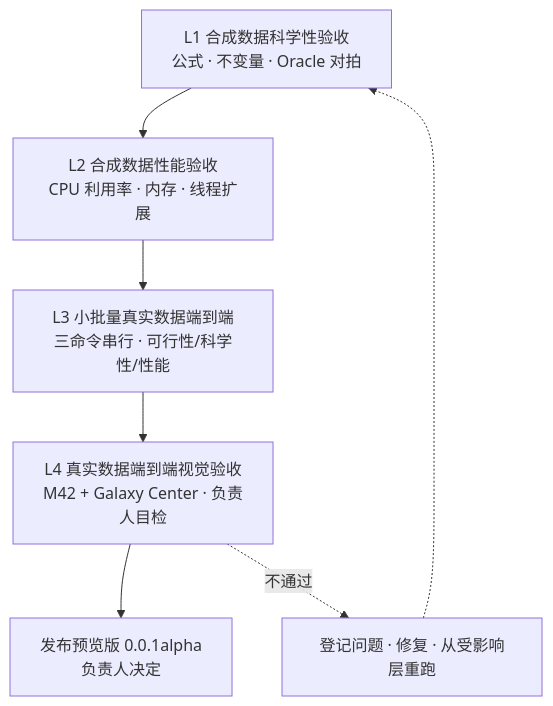
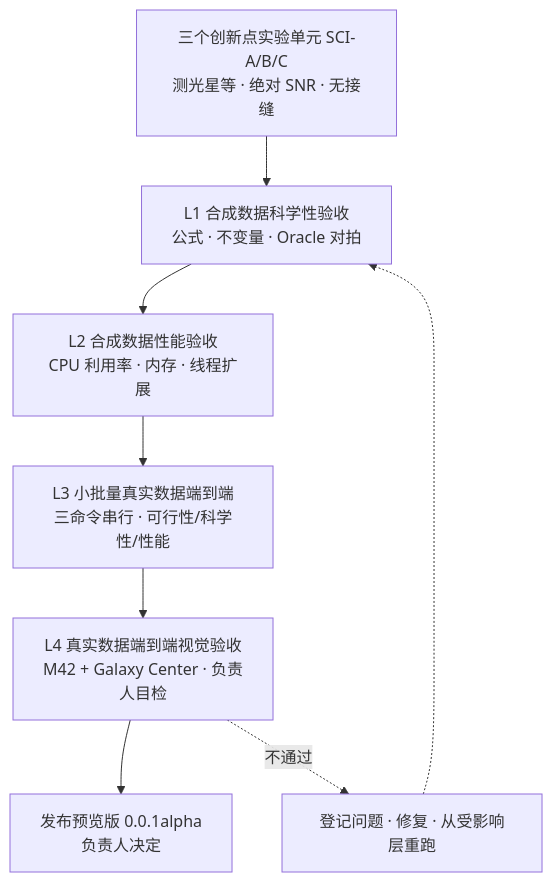
The first of 3 diagrams in ACCEPTANCE_SPEC.md (fujiaze/Astro-CS-Database), drawn with Mermaid before and after one commit. The commit also changed other lines of this file and 4 other files, not shown here.

````diff
--- a/ACCEPTANCE_SPEC.md
+++ b/ACCEPTANCE_SPEC.md
@@ -7,10 +7,11 @@
 ```mermaid
 flowchart TB
+    L0["三个创新点实验单元 SCI-A/B/C<br/>测光星等 · 绝对 SNR · 无接缝"]
     L1["L1 合成数据科学性验收<br/>公式 · 不变量 · Oracle 对拍"]
     L2["L2 合成数据性能验收<br/>CPU 利用率 · 内存 · 线程扩展"]
     L3["L3 小批量真实数据端到端<br/>三命令串行 · 可行性/科学性/性能"]
     L4["L4 真实数据端到端视觉验收<br/>M42 + Galaxy Center · 负责人目检"]
     REL["发布预览版 0.0.1alpha<br/>负责人决定"]
-    L1 --> L2 --> L3 --> L4 --> REL
+    L0 --> L1 --> L2 --> L3 --> L4 --> REL
     L4 -.不通过.-> FIX["登记问题 · 修复 · 从受影响层重跑"] -.-> L1
 ```
````
